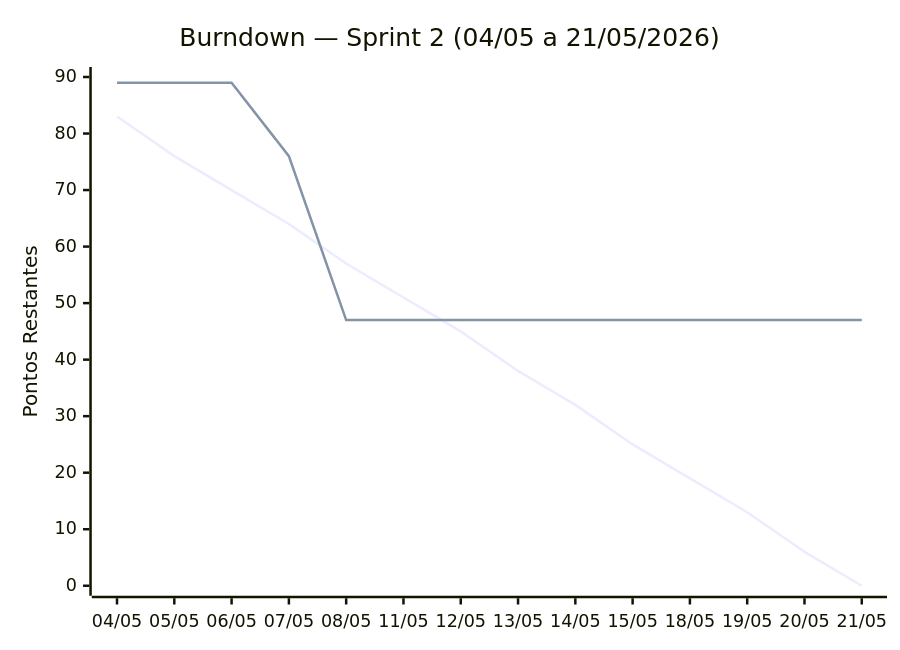
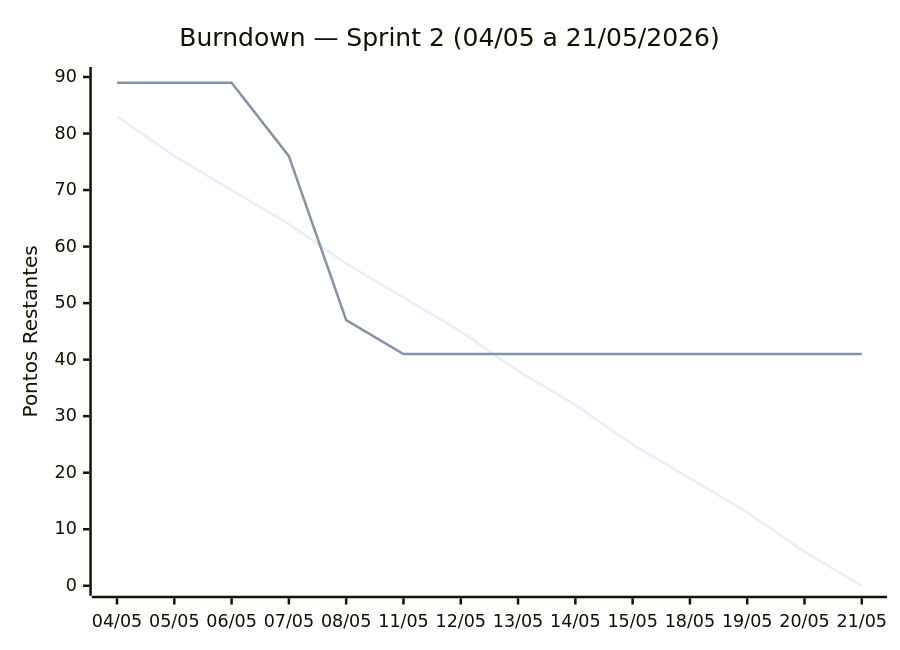
One commit to DEVassos/scrum-flow-abp changed the diagram in docs/scrum/sprint-2/sprint-2.md. Above: the diagram before and after it, drawn with Mermaid. The commit also changed other lines of this file and 1 other file, not shown here.

````diff
--- a/docs/scrum/sprint-2/sprint-2.md
+++ b/docs/scrum/sprint-2/sprint-2.md
@@ -68,8 +68,8 @@
 ```mermaid
 xychart-beta
     title "Burndown — Sprint 2 (04/05 a 21/05/2026)"
     x-axis ["04/05", "05/05", "06/05", "07/05", "08/05", "11/05", "12/05", "13/05", "14/05", "15/05", "18/05", "19/05", "20/05", "21/05"]
     y-axis "Pontos Restantes" 0 --> 90
     line [83, 76, 70, 64, 57, 51, 45, 38, 32, 25, 19, 13, 6, 0]
-    line [89, 89, 89, 76, 47, 47, 47, 47, 47, 47, 47, 47, 47, 47]
+    line [89, 89, 89, 76, 47, 41, 41, 41, 41, 41, 41, 41, 41, 41]
 ```
````
